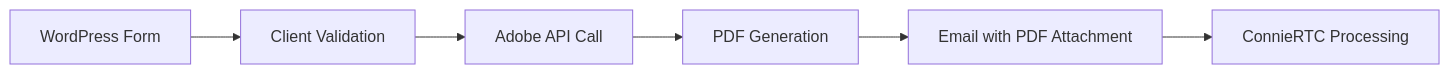
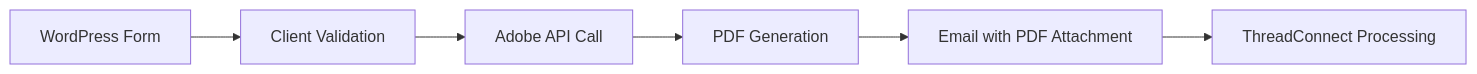
One commit to ConnieML/docs.connie changed the second of 4 diagrams in docs/techops/feature-deployment/feature-management/channels/web/choose-web-forms-provider.md. Above: the diagram before and after it, drawn with Mermaid. The commit also changed other lines of this file and 129 other files, not shown here.

First line of the commit message:
Rebrand ConnieRTC -> ThreadConnect across docs (CEO approval 2026-10-30, round 2)

````diff
--- a/docs/techops/feature-deployment/feature-management/channels/web/choose-web-forms-provider.md
+++ b/docs/techops/feature-deployment/feature-management/channels/web/choose-web-forms-provider.md
@@ -222,8 +222,8 @@
 ```mermaid
 flowchart LR
     A[WordPress Form] --> B[Client Validation]
     B --> C[Adobe API Call]
     C --> D[PDF Generation]
     D --> E[Email with PDF Attachment]
-    E --> F[ConnieRTC Processing]
+    E --> F[ThreadConnect Processing]
 ```
````
